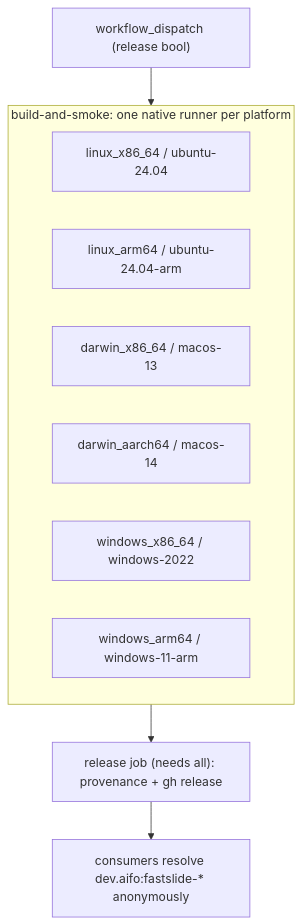
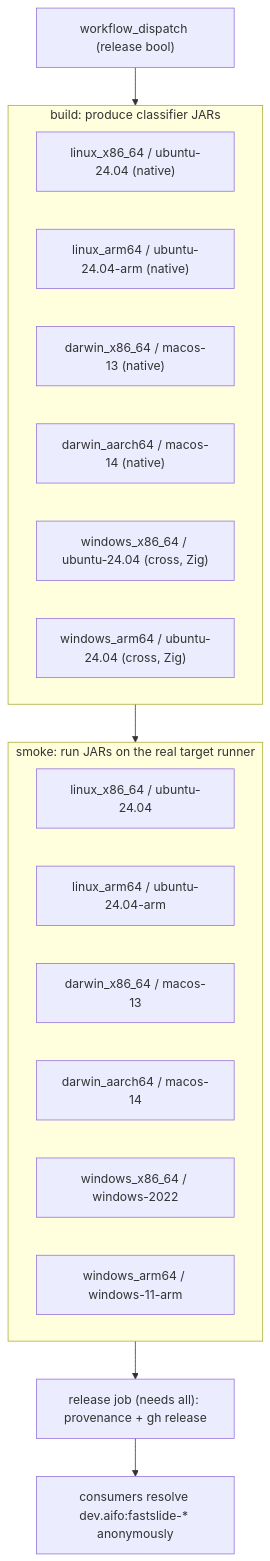
One commit to NKI-AI/fastslide changed the diagram in docs/source/guides/java_packages.rst. Above: the diagram before and after it, drawn with Mermaid. The commit also changed other lines of this file and 1 other file, not shown here.

```diff
--- a/docs/source/guides/java_packages.rst
+++ b/docs/source/guides/java_packages.rst
@@ -120,14 +124,23 @@
 .. mermaid::
 
    flowchart TB
-       dispatch["workflow_dispatch (release bool)"] --> matrix
-       subgraph matrix [build-and-smoke: one native runner per platform]
-           lx["linux_x86_64 / ubuntu-24.04"]
-           la["linux_arm64 / ubuntu-24.04-arm"]
-           mx["darwin_x86_64 / macos-13"]
-           ma["darwin_aarch64 / macos-14"]
-           wx["windows_x86_64 / windows-2022"]
-           wa["windows_arm64 / windows-11-arm"]
+       dispatch["workflow_dispatch (release bool)"] --> build
+       subgraph build [build: produce classifier JARs]
+           blx["linux_x86_64 / ubuntu-24.04 (native)"]
+           bla["linux_arm64 / ubuntu-24.04-arm (native)"]
+           bmx["darwin_x86_64 / macos-13 (native)"]
+           bma["darwin_aarch64 / macos-14 (native)"]
+           bwx["windows_x86_64 / ubuntu-24.04 (cross, Zig)"]
+           bwa["windows_arm64 / ubuntu-24.04 (cross, Zig)"]
        end
-       matrix --> rel["release job (needs all): provenance + gh release"]
+       subgraph smoke [smoke: run JARs on the real target runner]
+           slx["linux_x86_64 / ubuntu-24.04"]
+           sla["linux_arm64 / ubuntu-24.04-arm"]
+           smx["darwin_x86_64 / macos-13"]
+           sma["darwin_aarch64 / macos-14"]
+           swx["windows_x86_64 / windows-2022"]
+           swa["windows_arm64 / windows-11-arm"]
+       end
+       build --> smoke
+       smoke --> rel["release job (needs all): provenance + gh release"]
        rel --> ivy["consumers resolve dev.aifo:fastslide-* anonymously"]
```
